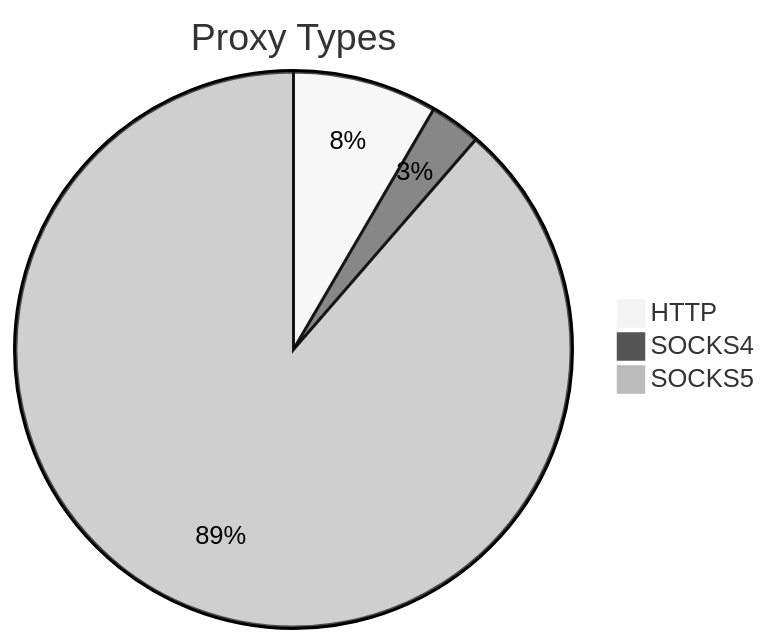
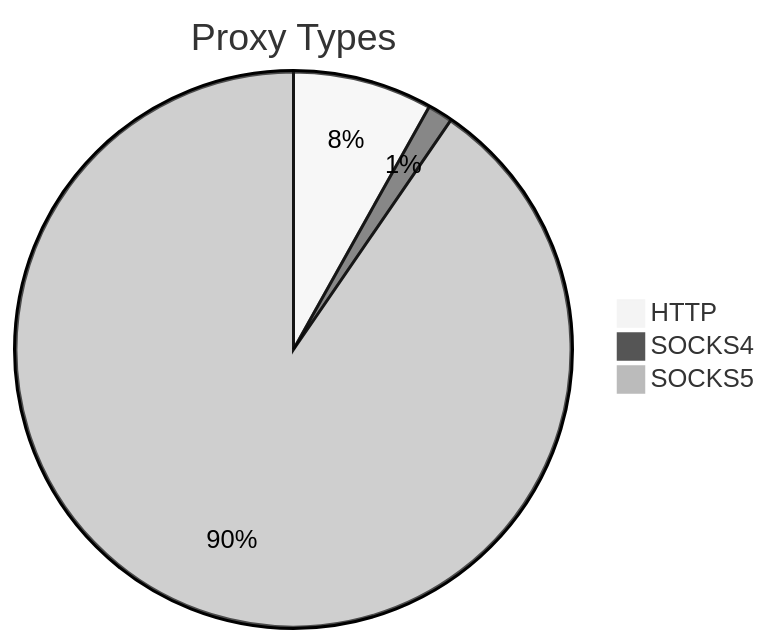
The first of 2 diagrams in README.md (stormsia/proxy-list), drawn with Mermaid (neutral theme) before and after one commit. The commit also changed other lines of this file, not shown here.

````diff
--- a/README.md
+++ b/README.md
@@ -21,6 +21,6 @@
 ```mermaid
 pie title Proxy Types
-    "HTTP" : 136
-    "SOCKS4" : 48
-    "SOCKS5" : 1433
+    "HTTP" : 156
+    "SOCKS4" : 28
+    "SOCKS5" : 1738
 ```
````
